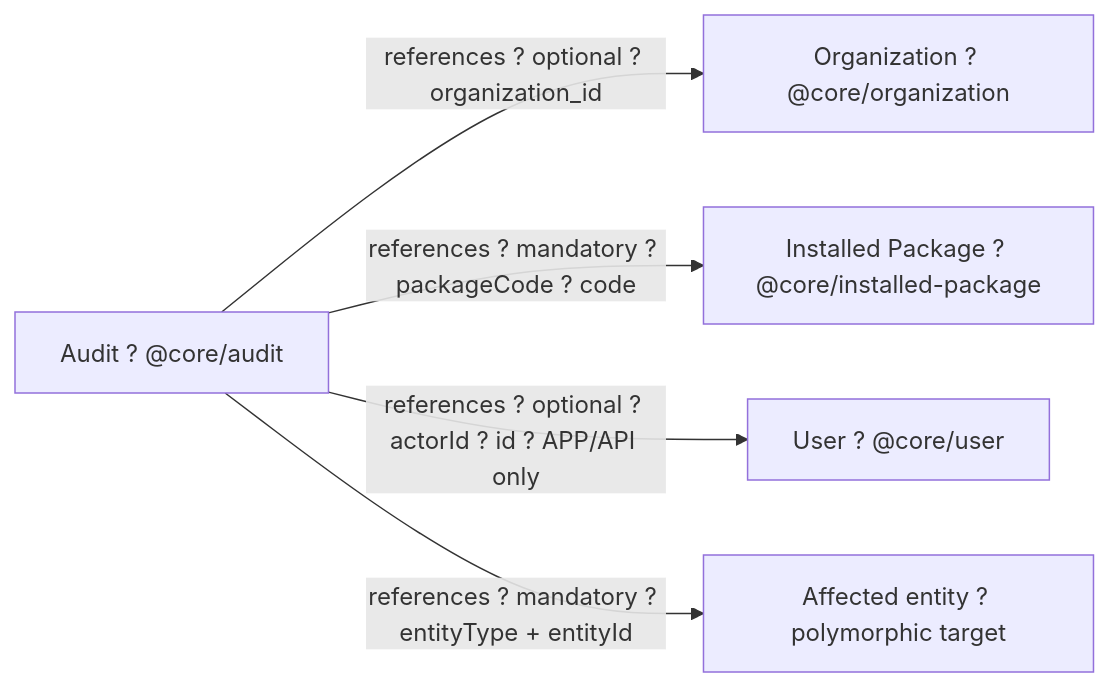
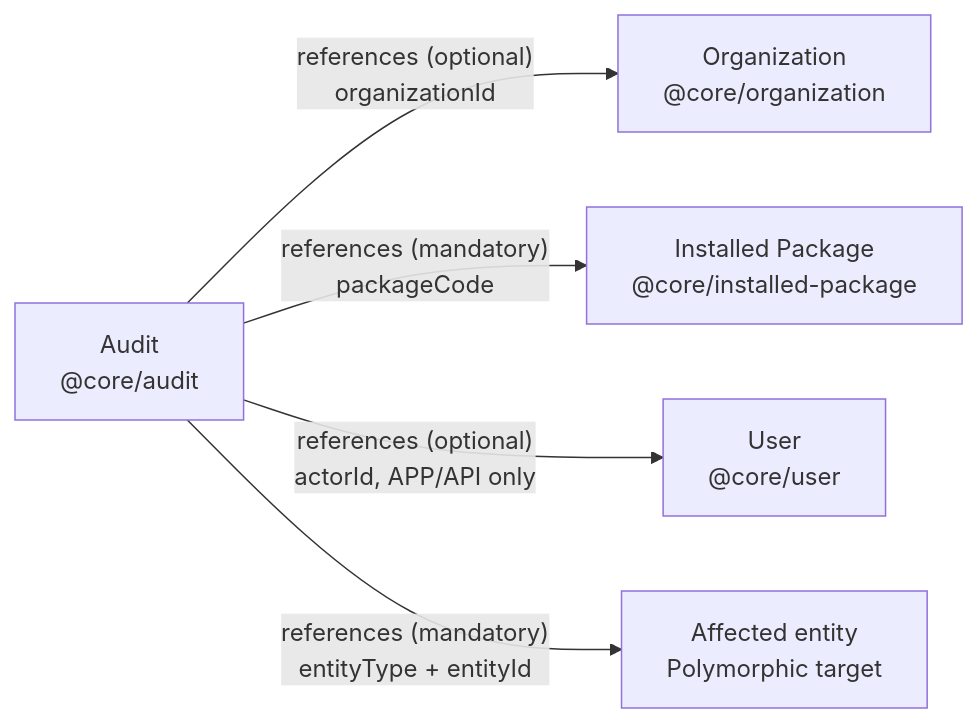
Before and after one commit to chrisjameslennon/voyzu: the diagram in docs/audit-package-doc.md, drawn with Mermaid. The commit also changed other lines of this file, not shown here.

Commit message:
Refine audit semantic contract and DTO documentation

````diff
--- a/docs/audit-package-doc.md
+++ b/docs/audit-package-doc.md
@@ -129,13 +88,13 @@
 ```mermaid
 flowchart LR
-    Audit["Audit ? @core/audit"]
-    Organization["Organization ? @core/organization"]
-    Package["Installed Package ? @core/installed-package"]
-    User["User ? @core/user"]
-    Entity["Affected entity ? polymorphic target"]
+    Audit["Audit<br/>@core/audit"]
+    Organization["Organization<br/>@core/organization"]
+    Package["Installed Package<br/>@core/installed-package"]
+    User["User<br/>@core/user"]
+    Entity["Affected entity<br/>Polymorphic target"]
 
-    Audit -->|"references ? optional ? organization_id"| Organization
-    Audit -->|"references ? mandatory ? packageCode ? code"| Package
-    Audit -->|"references ? optional ? actorId ? id ? APP/API only"| User
-    Audit -->|"references ? mandatory ? entityType + entityId"| Entity
+    Audit -->|"references (optional)<br/>organizationId"| Organization
+    Audit -->|"references (mandatory)<br/>packageCode"| Package
+    Audit -->|"references (optional)<br/>actorId, APP/API only"| User
+    Audit -->|"references (mandatory)<br/>entityType + entityId"| Entity
 ```
````
